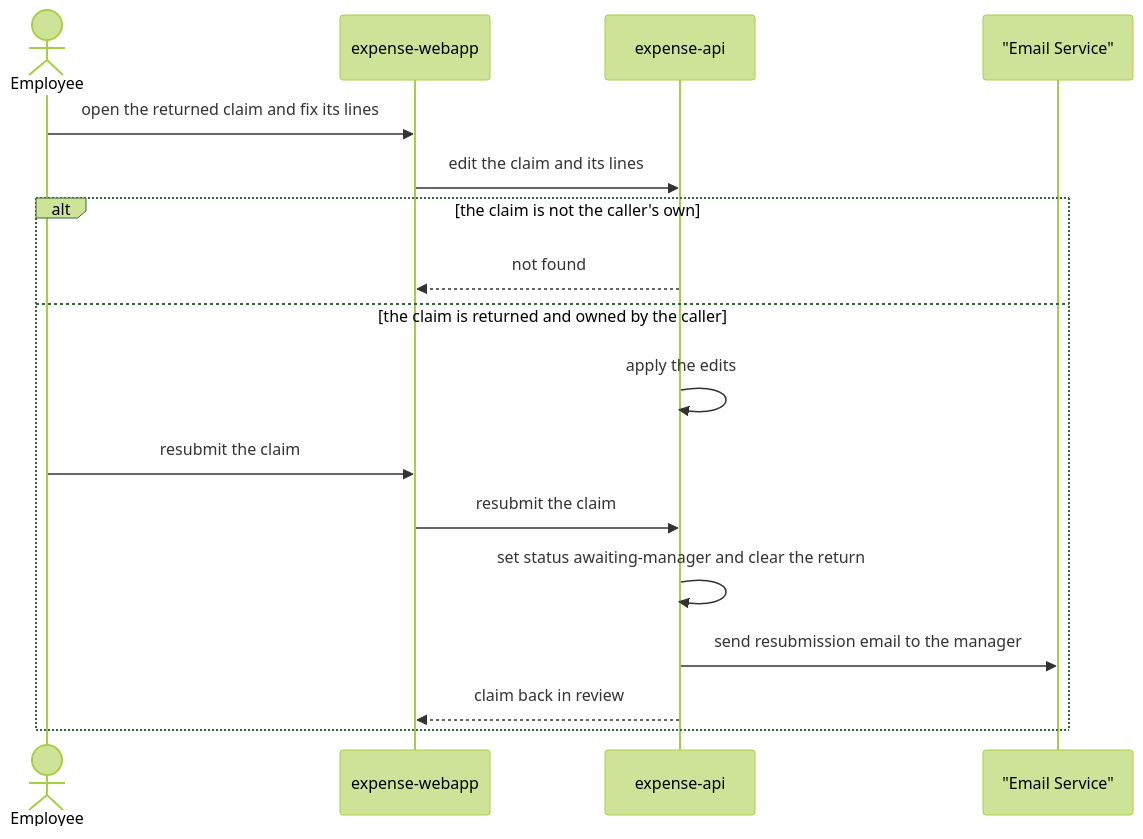
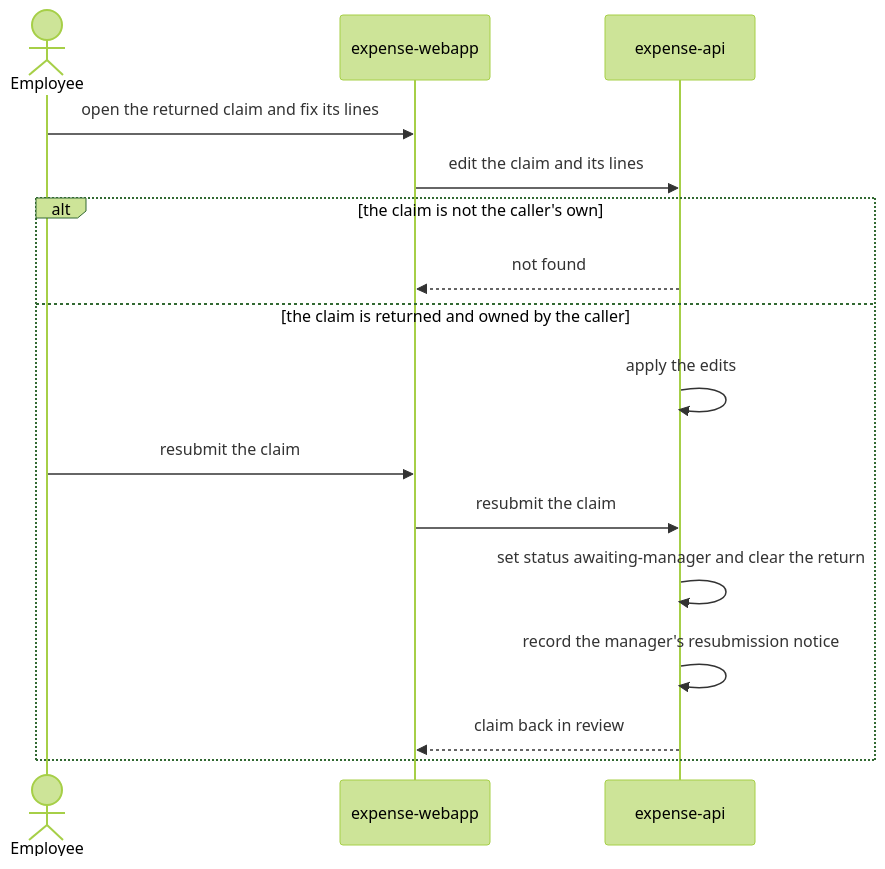
One commit to asdlc-repos/employees-submit-expense23112 changed the diagram in specs/design/flows/resubmit-returned-claim.md. Above: the diagram before and after it, drawn with Mermaid (forest theme). The commit also changed 12 other files, not shown here.

````diff
--- a/specs/design/flows/resubmit-returned-claim.md
+++ b/specs/design/flows/resubmit-returned-claim.md
@@ -5,20 +5,19 @@
 ```mermaid
 sequenceDiagram
     actor Employee
     participant expense-webapp
     participant expense-api
-    participant email as "Email Service"
 
     Employee->>expense-webapp: open the returned claim and fix its lines
     expense-webapp->>expense-api: edit the claim and its lines
     alt the claim is not the caller's own
         expense-api-->>expense-webapp: not found
     else the claim is returned and owned by the caller
         expense-api->>expense-api: apply the edits
         Employee->>expense-webapp: resubmit the claim
         expense-webapp->>expense-api: resubmit the claim
         expense-api->>expense-api: set status awaiting-manager and clear the return
-        expense-api->>email: send resubmission email to the manager
+        expense-api->>expense-api: record the manager's resubmission notice
         expense-api-->>expense-webapp: claim back in review
     end
 ```
````
